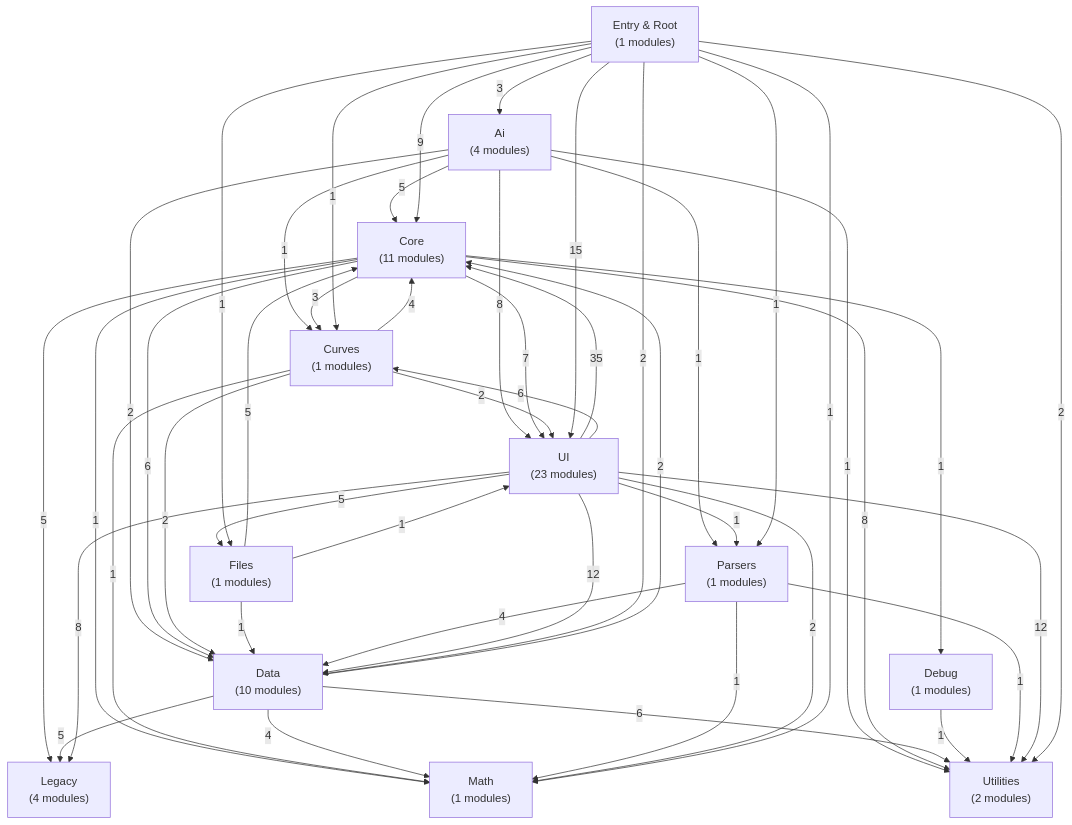
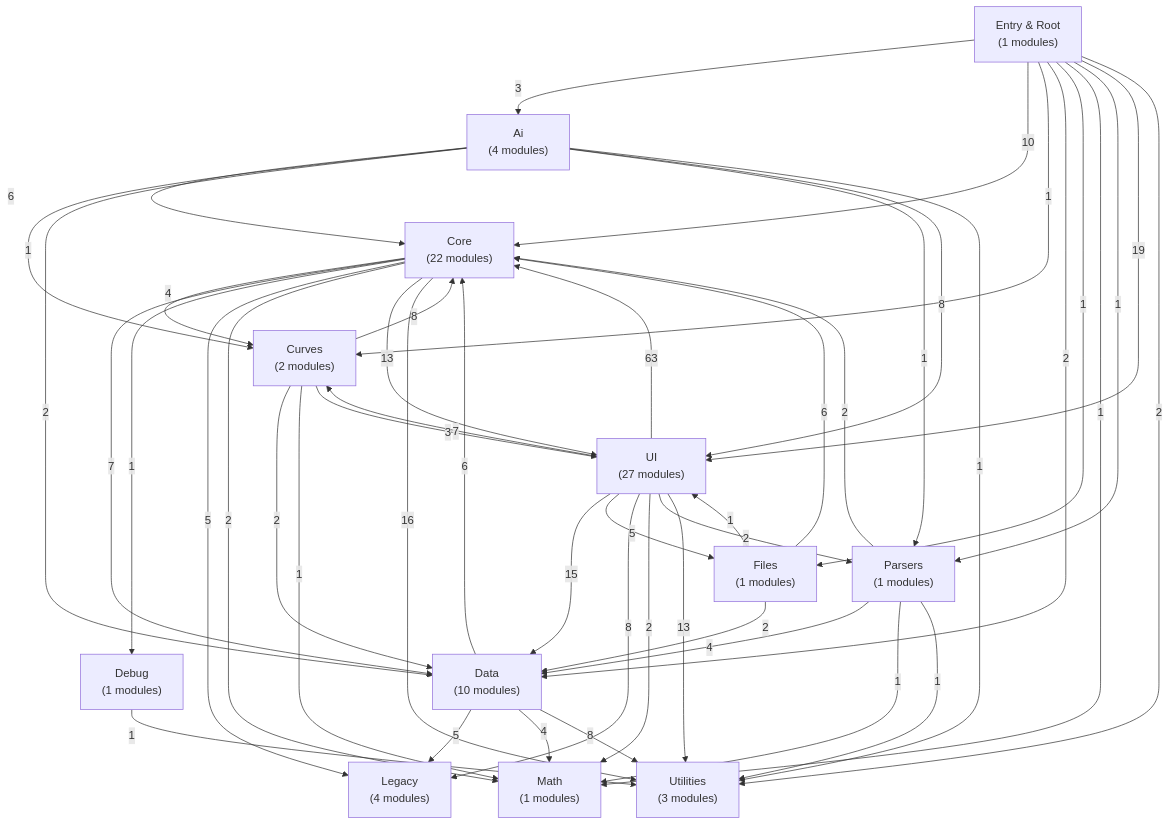
One commit to David-Marsh-Photo/quadGEN changed the diagram in docs/architecture-map.md. Above: the diagram before and after it, drawn with Mermaid. The commit also changed other lines of this file and 173 other files, not shown here.

````diff
--- a/docs/architecture-map.md
+++ b/docs/architecture-map.md
@@ -7,60 +7,61 @@
 ```mermaid
 flowchart TD
   G_js_ai["Ai\n(4 modules)"]
-  G_js_core["Core\n(11 modules)"]
-  G_js_curves["Curves\n(1 modules)"]
+  G_js_core["Core\n(22 modules)"]
+  G_js_curves["Curves\n(2 modules)"]
   G_js_data["Data\n(10 modules)"]
   G_js_debug["Debug\n(1 modules)"]
   G_js_files["Files\n(1 modules)"]
   G_js_legacy["Legacy\n(4 modules)"]
   G_js_math["Math\n(1 modules)"]
   G_js_parsers["Parsers\n(1 modules)"]
-  G_js_ui["UI\n(23 modules)"]
-  G_js_utils["Utilities\n(2 modules)"]
+  G_js_ui["UI\n(27 modules)"]
+  G_js_utils["Utilities\n(3 modules)"]
   G_src["Entry & Root\n(1 modules)"]
-  G_js_ai -->|5| G_js_core
+  G_js_ai -->|6| G_js_core
   G_js_ai -->|1| G_js_curves
   G_js_ai -->|2| G_js_data
   G_js_ai -->|1| G_js_parsers
   G_js_ai -->|8| G_js_ui
   G_js_ai -->|1| G_js_utils
-  G_js_core -->|3| G_js_curves
-  G_js_core -->|6| G_js_data
+  G_js_core -->|4| G_js_curves
+  G_js_core -->|7| G_js_data
   G_js_core -->|1| G_js_debug
   G_js_core -->|5| G_js_legacy
-  G_js_core -->|1| G_js_math
-  G_js_core -->|7| G_js_ui
-  G_js_core -->|8| G_js_utils
-  G_js_curves -->|4| G_js_core
+  G_js_core -->|2| G_js_math
+  G_js_core -->|13| G_js_ui
+  G_js_core -->|16| G_js_utils
+  G_js_curves -->|8| G_js_core
   G_js_curves -->|2| G_js_data
   G_js_curves -->|1| G_js_math
-  G_js_curves -->|2| G_js_ui
-  G_js_data -->|2| G_js_core
+  G_js_curves -->|3| G_js_ui
+  G_js_data -->|6| G_js_core
   G_js_data -->|5| G_js_legacy
   G_js_data -->|4| G_js_math
-  G_js_data -->|6| G_js_utils
+  G_js_data -->|8| G_js_utils
   G_js_debug -->|1| G_js_utils
-  G_js_files -->|5| G_js_core
-  G_js_files -->|1| G_js_data
+  G_js_files -->|6| G_js_core
+  G_js_files -->|2| G_js_data
   G_js_files -->|1| G_js_ui
+  G_js_parsers -->|2| G_js_core
   G_js_parsers -->|4| G_js_data
   G_js_parsers -->|1| G_js_math
   G_js_parsers -->|1| G_js_utils
-  G_js_ui -->|35| G_js_core
-  G_js_ui -->|6| G_js_curves
-  G_js_ui -->|12| G_js_data
+  G_js_ui -->|63| G_js_core
+  G_js_ui -->|7| G_js_curves
+  G_js_ui -->|15| G_js_data
   G_js_ui -->|5| G_js_files
   G_js_ui -->|8| G_js_legacy
   G_js_ui -->|2| G_js_math
-  G_js_ui -->|1| G_js_parsers
-  G_js_ui -->|12| G_js_utils
+  G_js_ui -->|2| G_js_parsers
+  G_js_ui -->|13| G_js_utils
   G_src -->|3| G_js_ai
-  G_src -->|9| G_js_core
+  G_src -->|10| G_js_core
   G_src -->|1| G_js_curves
   G_src -->|2| G_js_data
   G_src -->|1| G_js_files
   G_src -->|1| G_js_math
   G_src -->|1| G_js_parsers
-  G_src -->|15| G_js_ui
+  G_src -->|19| G_js_ui
   G_src -->|2| G_js_utils
 ```
````
